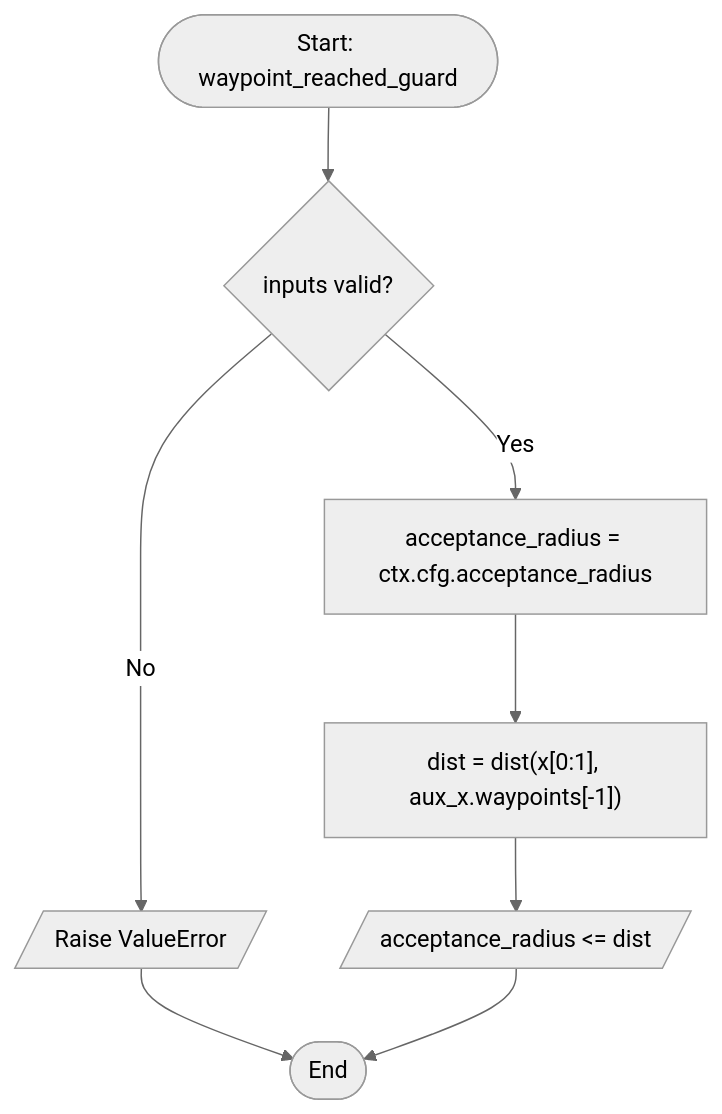
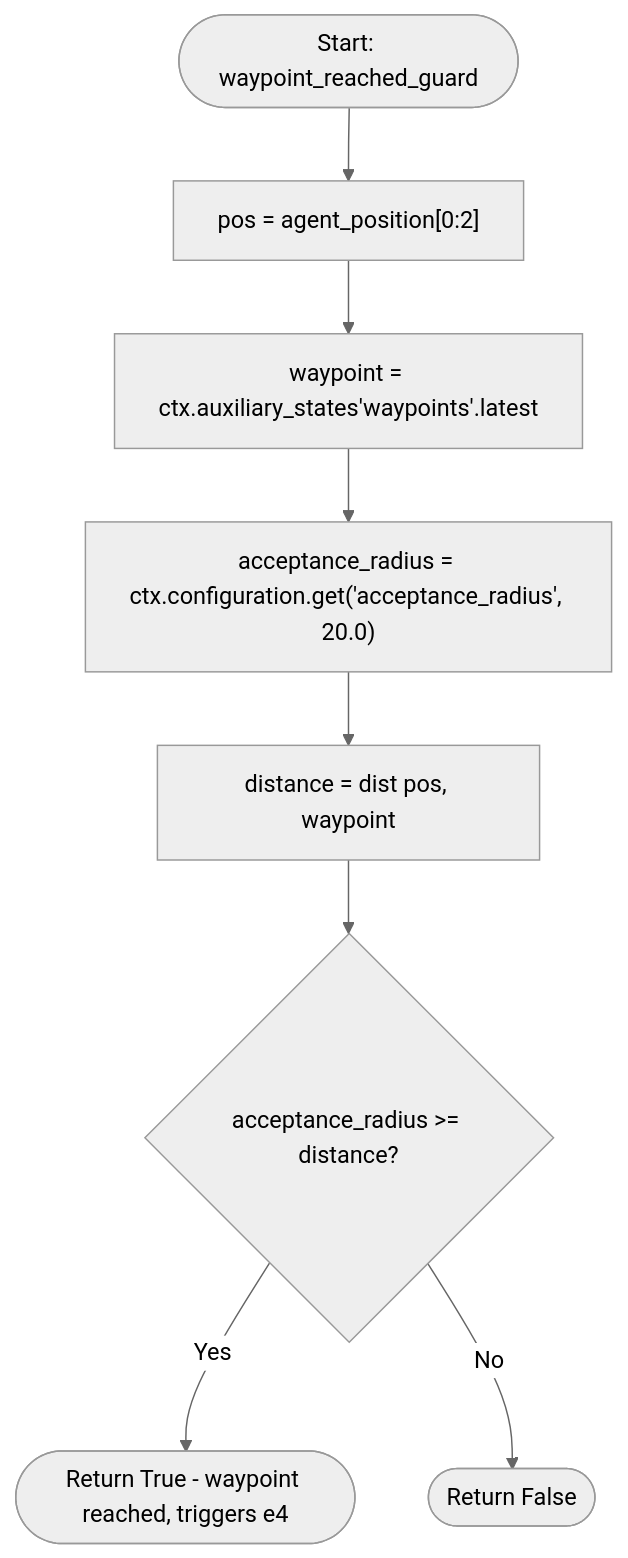
The diagram in docs/guards/waypoint_reached_guard.mmd (rymc-dev/colav-automaton), drawn with Mermaid (neutral theme) before and after one commit. The commit also changed 51 other files, not shown here.

```diff
--- a/docs/guards/waypoint_reached_guard.mmd
+++ b/docs/guards/waypoint_reached_guard.mmd
@@ -1,8 +1,8 @@
 flowchart TD
-    A([Start: waypoint_reached_guard]) --> B{inputs valid?}
-    B -- Yes --> E[acceptance_radius = ctx.cfg.acceptance_radius] 
-    B -- No --> D[/Raise ValueError/] 
-    D --> H
-    E --> F["dist = dist(x[0:1], aux_x.waypoints[-1])"]
-    F --> G[/acceptance_radius <= dist/]
-    G --> H([End])
+    A([Start: waypoint_reached_guard]) --> B["pos = agent_position[0:2]"]
+    B --> C[waypoint = ctx.auxiliary_states'waypoints'.latest]
+    C --> D["acceptance_radius = ctx.configuration.get('acceptance_radius', 20.0)"]
+    D --> E["distance = dist pos, waypoint"]
+    E --> F{acceptance_radius >= distance?}
+    F -->|Yes| G([Return True - waypoint reached, triggers e4])
+    F -->|No| H([Return False])
```
